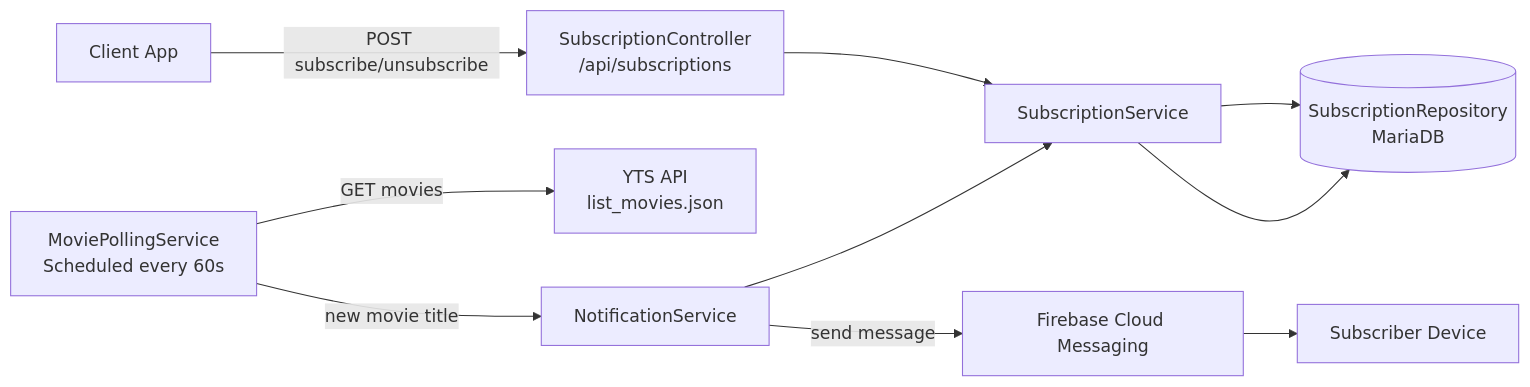
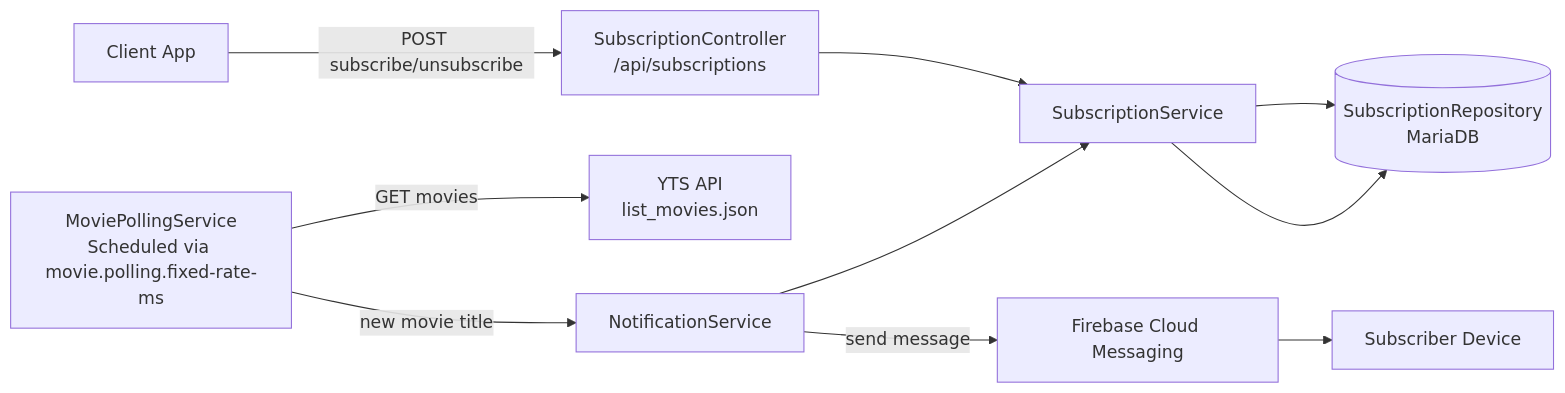
One commit to martinrevert/fcm-push-springboot-aot-GraalVM-multiarch changed the first of 5 diagrams in README.md. Above: the diagram before and after it, drawn with Mermaid. The commit also changed other lines of this file, not shown here.

Commit message:
docs: update README to clarify movie polling deduplication and configuration details

````diff
--- a/README.md
+++ b/README.md
@@ -22,23 +22,23 @@
 ```mermaid
 flowchart LR
     Client["Client App"]
     API["SubscriptionController<br/>/api/subscriptions"]
     SubSvc["SubscriptionService"]
     Repo[("SubscriptionRepository<br/>MariaDB")]
-    Poll["MoviePollingService<br/>Scheduled every 60s"]
+    Poll["MoviePollingService<br/>Scheduled via movie.polling.fixed-rate-ms"]
     YTS["YTS API<br/>list_movies.json"]
     Notif["NotificationService"]
     FCM["Firebase Cloud Messaging"]
     Device["Subscriber Device"]
 
     Client -->|POST subscribe/unsubscribe| API
     API --> SubSvc
     SubSvc --> Repo
 
     Poll -->|GET movies| YTS
     Poll -->|new movie title| Notif
     Notif --> SubSvc
     SubSvc --> Repo
     Notif -->|send message| FCM
     FCM --> Device
 ```
````
